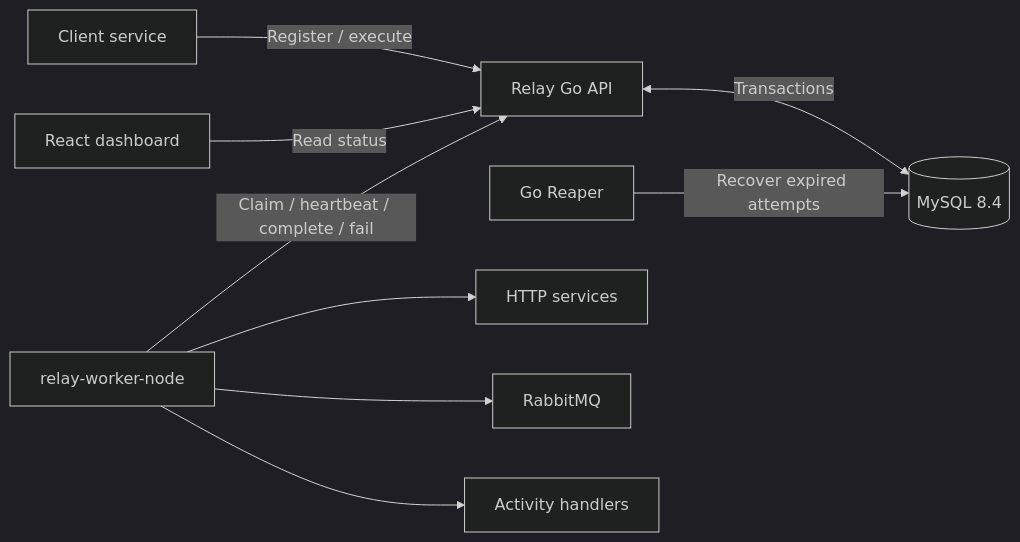
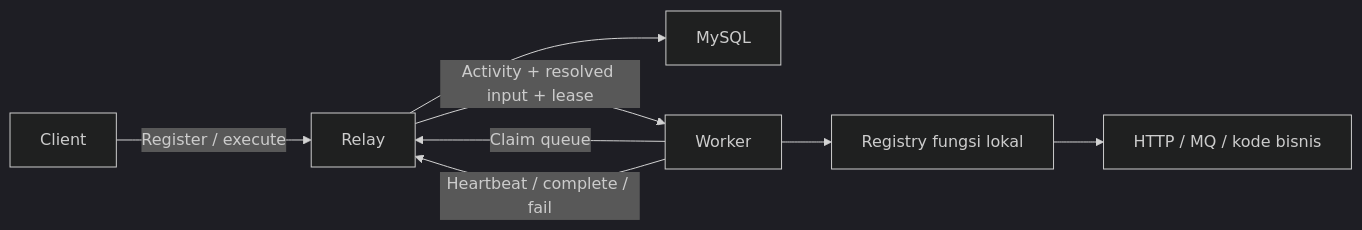
Before and after one commit to vhysxl/relay: the diagram in README.md, drawn with Mermaid (dark theme). The commit also changed other lines of this file and 87 other files, not shown here.

````diff
--- a/README.md
+++ b/README.md
@@ -711,11 +5,10 @@
 ```mermaid
 flowchart LR
-    Client[Client service] -->|Register / execute| API[Relay Go API]
-    UI[React dashboard] -->|Read status| API
-    API <-->|Transactions| DB[(MySQL 8.4)]
-    Reaper[Go Reaper] -->|Recover expired attempts| DB
-    Worker[relay-worker-node] -->|Claim / heartbeat / complete / fail| API
-    Worker --> HTTP[HTTP services]
-    Worker --> MQ[RabbitMQ]
-    Worker --> Activity[Activity handlers]
+    Client -->|Register / execute| Relay
+    Relay --> MySQL
+    Worker -->|Claim queue| Relay
+    Relay -->|Activity + resolved input + lease| Worker
+    Worker --> Registry[Registry fungsi lokal]
+    Registry --> Business[HTTP / MQ / kode bisnis]
+    Worker -->|Heartbeat / complete / fail| Relay
 ```
````
